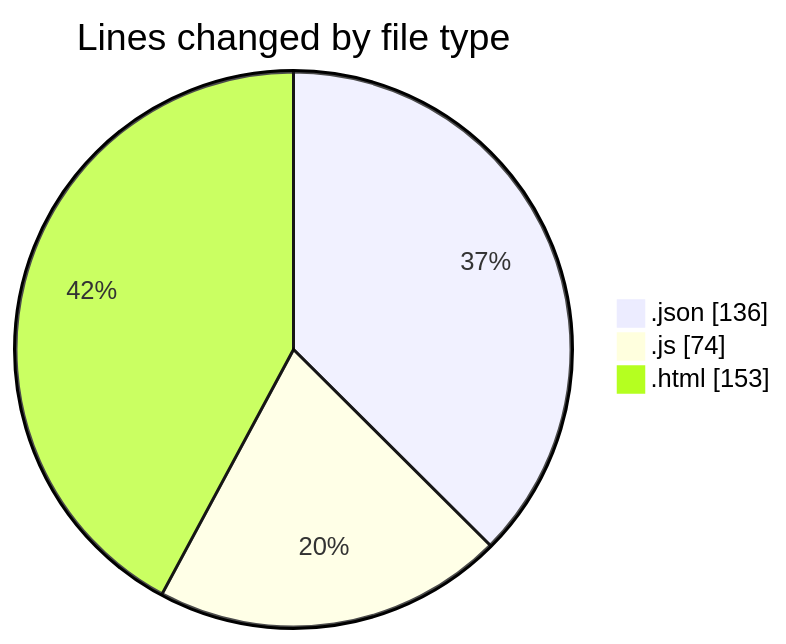
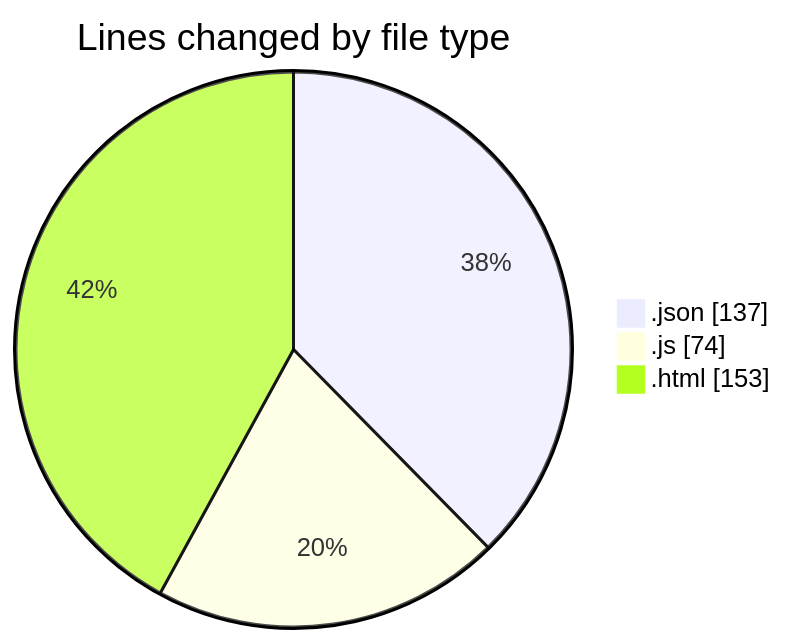
The first of 2 diagrams in 2025-11-09/movies/README.md (momahboobian/code-tracking), drawn with Mermaid before and after one commit. The commit also changed other lines of this file and 1 other file, not shown here.

````diff
--- a/2025-11-09/movies/README.md
+++ b/2025-11-09/movies/README.md
@@ -24,7 +24,7 @@
 ```mermaid
 pie showData
 title Lines changed by file type
-".json" : 136
+".json" : 137
 ".js" : 74
 ".html" : 153
 ```
````
